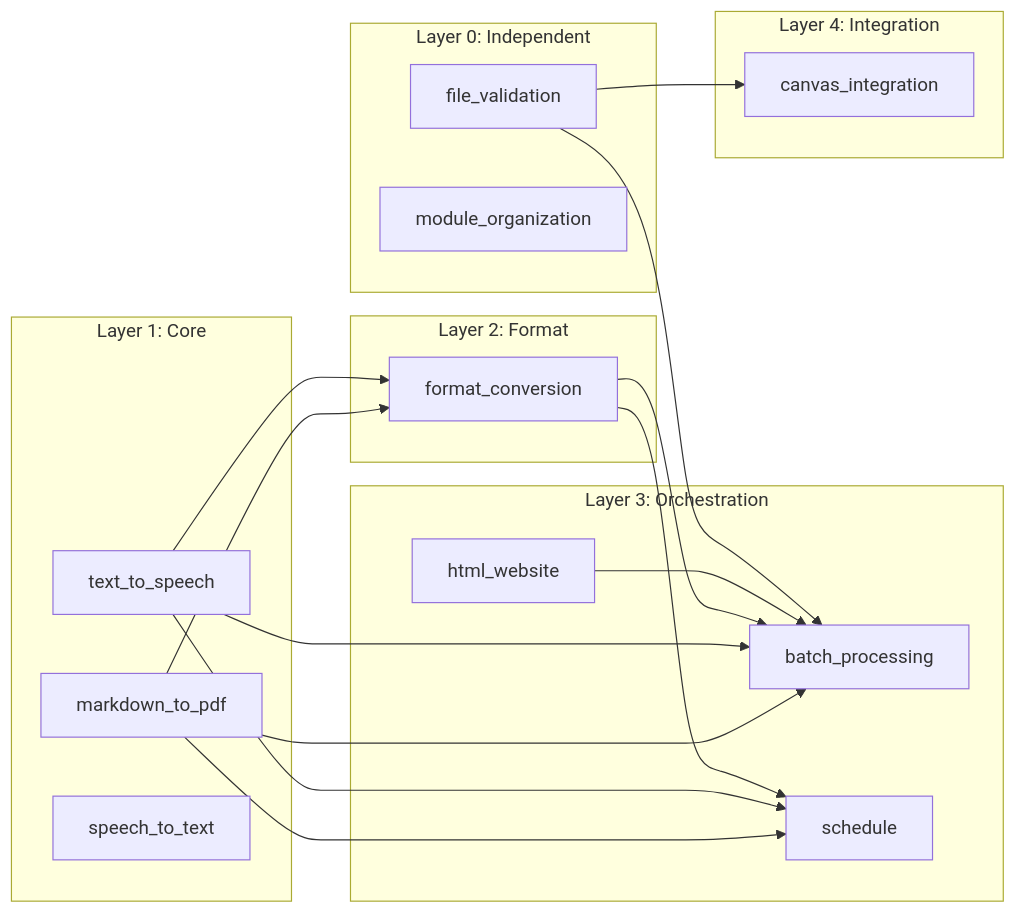
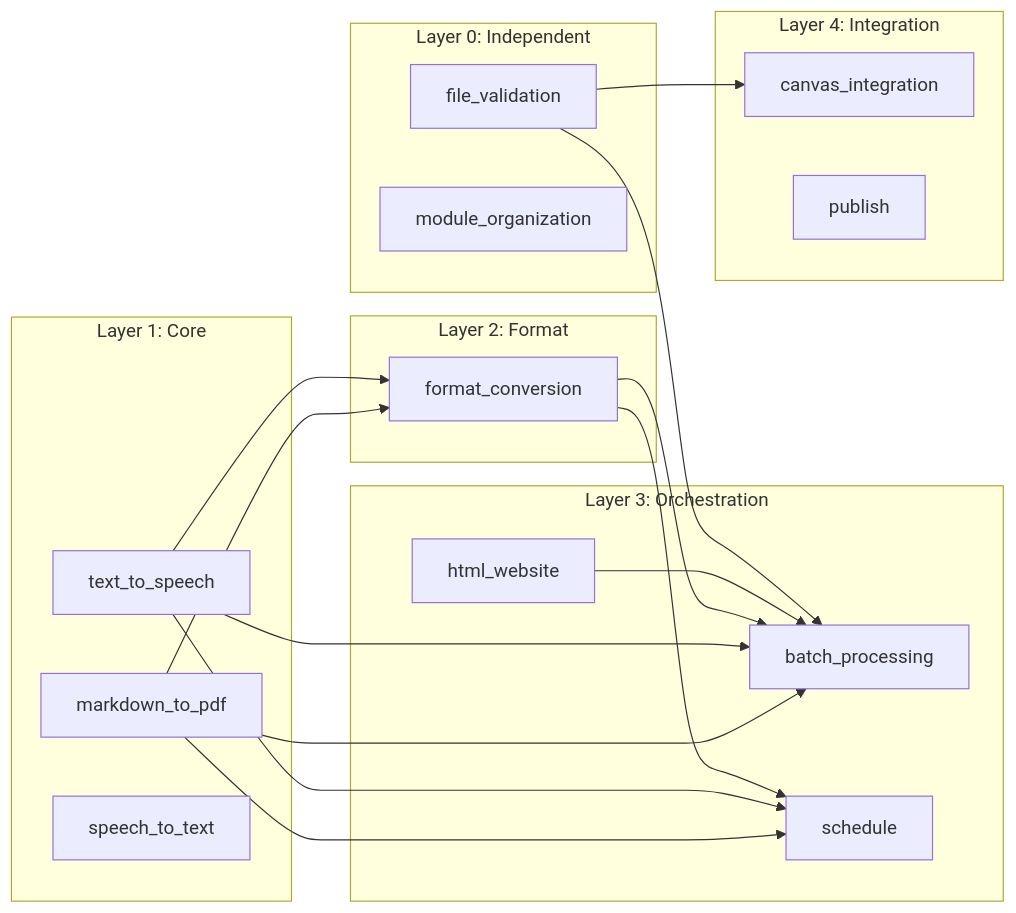
Before and after one commit to docxology/biol-1: the fourth of 4 diagrams in software/docs/ARCHITECTURE.md, drawn with Mermaid. The commit also changed other lines of this file and 14 other files, not shown here.

````diff
--- a/software/docs/ARCHITECTURE.md
+++ b/software/docs/ARCHITECTURE.md
@@ -142,43 +194,43 @@
 ```mermaid
 graph LR
-    subgraph "Layer 0: Independent"
+    subgraph layer0[Layer 0: Independent]
         FV["file_validation"]
         MO["module_organization"]
     end
 
-    subgraph "Layer 1: Core"
+    subgraph layer1[Layer 1: Core]
         M2P["markdown_to_pdf"]
         TTS["text_to_speech"]
         STT["speech_to_text"]
     end
 
-    subgraph "Layer 2: Format"
+    subgraph layer2[Layer 2: Format]
         FC["format_conversion"]
     end
 
-    subgraph "Layer 3: Orchestration"
+    subgraph layer3[Layer 3: Orchestration]
         BP["batch_processing"]
         HW["html_website"]
         SCH["schedule"]
     end
 
-    subgraph "Layer 4: Integration"
+    subgraph layer4[Layer 4: Integration]
         CI["canvas_integration"]
+        PUB["publish"]
     end
 
-    %% Dependencies
     M2P --> FC
     TTS --> FC
     
     M2P --> BP
     TTS --> BP
     FC --> BP
     HW --> BP
     
     M2P --> SCH
     TTS --> SCH
     FC --> SCH
     
     FV --> BP
     FV --> CI
 ```
````
